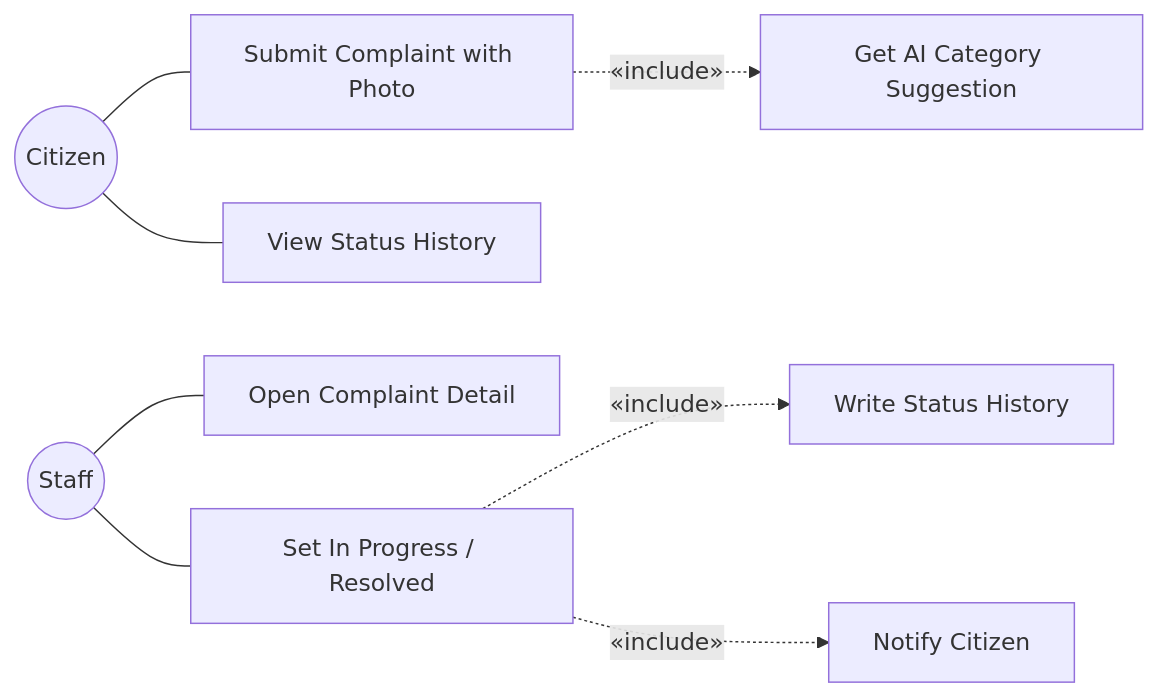
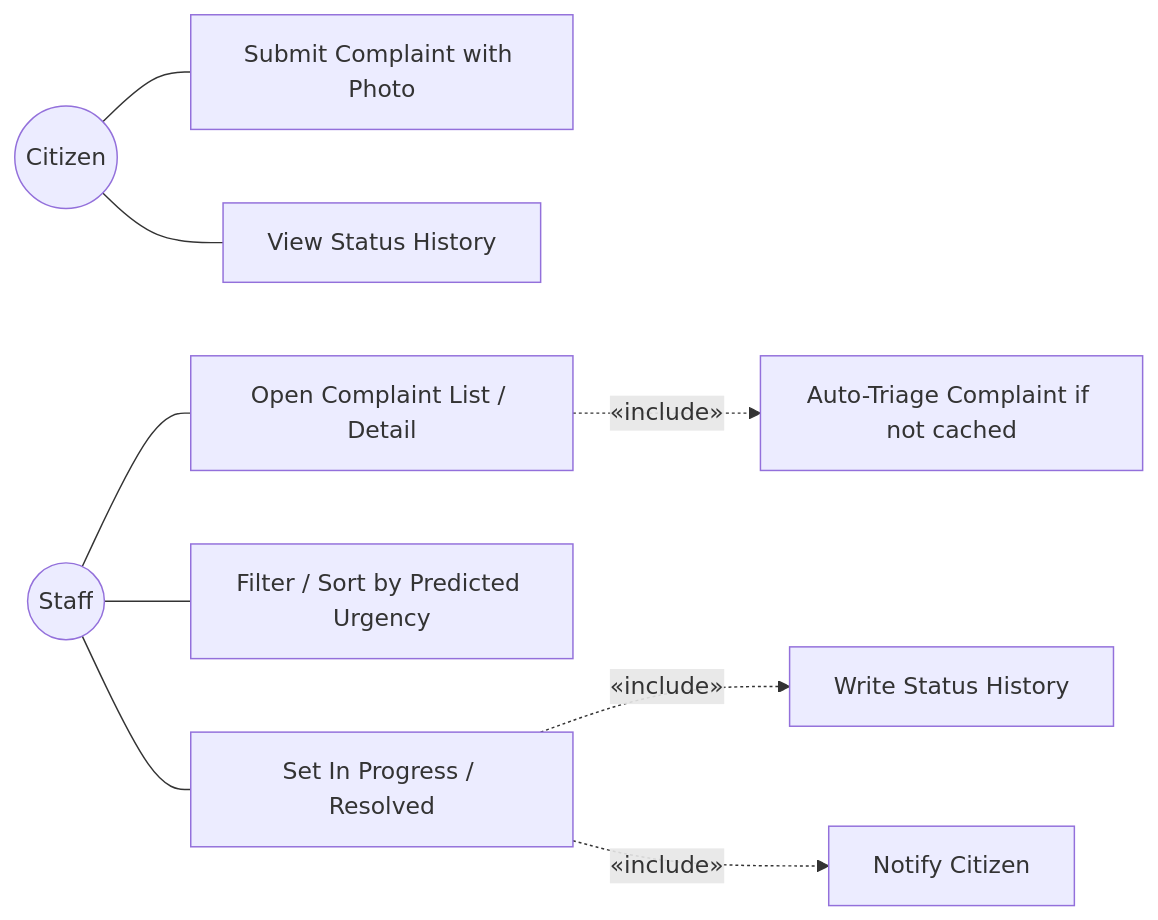
The sixth of 12 diagrams in docs/ShehriLink-Documentation.md (shehrilink/ShehriLink), drawn with Mermaid before and after one commit. The commit also changed other lines of this file and 3 other files, not shown here.

````diff
--- a/docs/ShehriLink-Documentation.md
+++ b/docs/ShehriLink-Documentation.md
@@ -548,12 +605,13 @@
 ```mermaid
 flowchart LR
     Citizen((Citizen))
     Staff((Staff))
     Citizen --- A[Submit Complaint with Photo]
-    A -.->|"«include»"| B[Get AI Category Suggestion]
     Citizen --- C[View Status History]
-    Staff --- D[Open Complaint Detail]
+    Staff --- D[Open Complaint List / Detail]
+    D -.->|"«include»"| B[Auto-Triage Complaint if not cached]
+    Staff --- H[Filter / Sort by Predicted Urgency]
     Staff --- E[Set In Progress / Resolved]
     E -.->|"«include»"| F[Write Status History]
     E -.->|"«include»"| G[Notify Citizen]
 ```
````
